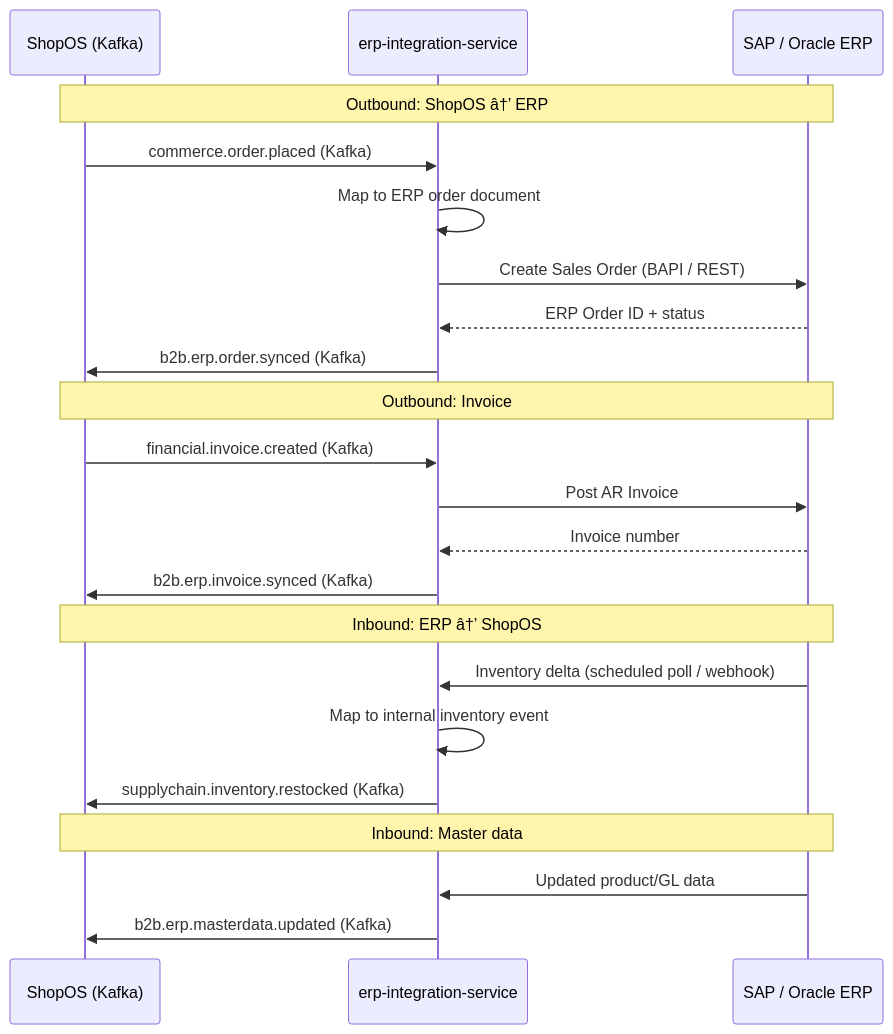
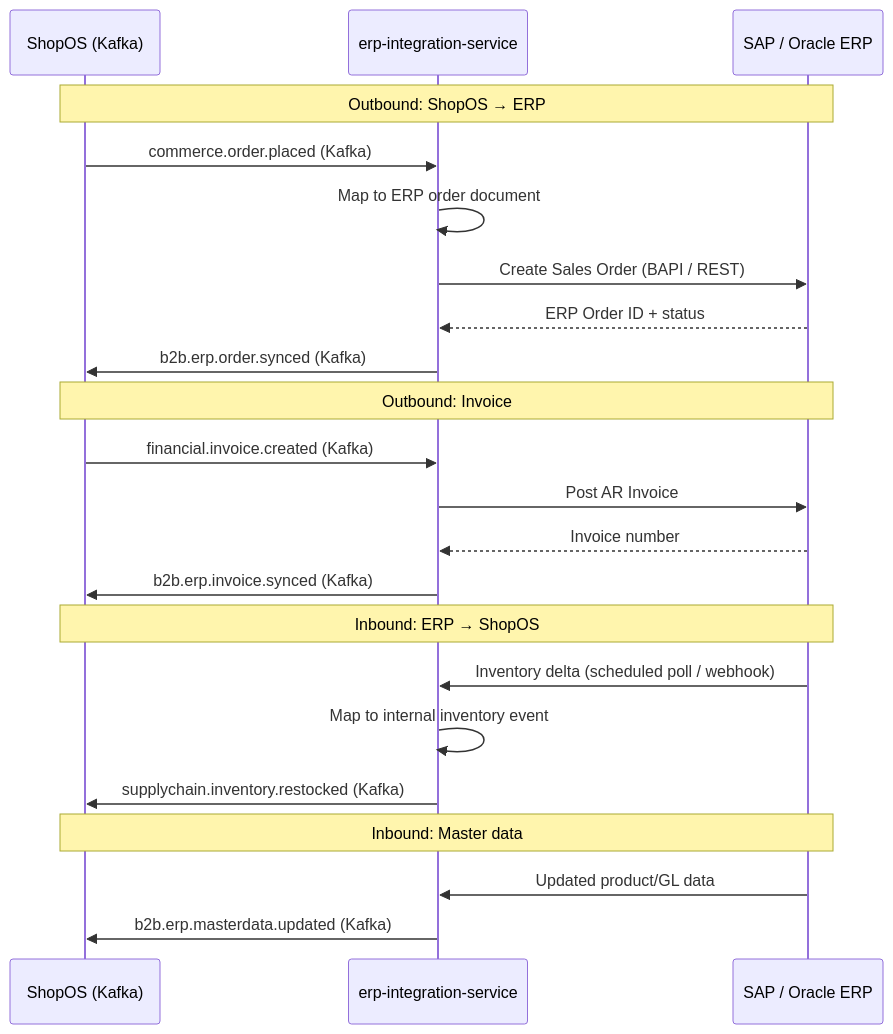
Before and after one commit to prabhat-roy/ShopOS: the diagram in src/integrations/erp-integration-service/README.md, drawn with Mermaid. The commit also changed other lines of this file and 2221 other files, not shown here.

````diff
--- a/src/integrations/erp-integration-service/README.md
+++ b/src/integrations/erp-integration-service/README.md
@@ -11,28 +11,28 @@
 ```mermaid
 sequenceDiagram
     participant OS as ShopOS (Kafka)
     participant ERP as erp-integration-service
     participant SA as SAP / Oracle ERP
 
-    Note over OS,SA: Outbound: ShopOS â†’ ERP
+    Note over OS,SA: Outbound: ShopOS → ERP
     OS->>ERP: commerce.order.placed (Kafka)
     ERP->>ERP: Map to ERP order document
     ERP->>SA: Create Sales Order (BAPI / REST)
     SA-->>ERP: ERP Order ID + status
     ERP->>OS: b2b.erp.order.synced (Kafka)
 
     Note over OS,SA: Outbound: Invoice
     OS->>ERP: financial.invoice.created (Kafka)
     ERP->>SA: Post AR Invoice
     SA-->>ERP: Invoice number
     ERP->>OS: b2b.erp.invoice.synced (Kafka)
 
-    Note over OS,SA: Inbound: ERP â†’ ShopOS
+    Note over OS,SA: Inbound: ERP → ShopOS
     SA->>ERP: Inventory delta (scheduled poll / webhook)
     ERP->>ERP: Map to internal inventory event
     ERP->>OS: supplychain.inventory.restocked (Kafka)
 
     Note over OS,SA: Inbound: Master data
     SA->>ERP: Updated product/GL data
     ERP->>OS: b2b.erp.masterdata.updated (Kafka)
 ```
````
